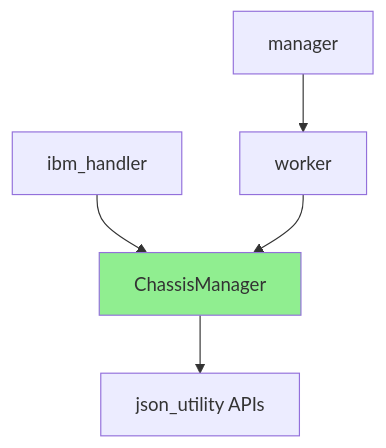
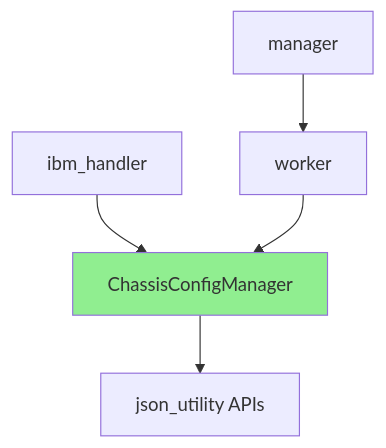
Before and after one commit to souvik1914581/openpower-vpd-parser: the diagram in docs/chassis-manager.md, drawn with Mermaid. The commit also changed other lines of this file, not shown here.

Commit message:
Rename ChassisManager to ChassisConfigManager

````diff
--- a/docs/chassis-manager.md
+++ b/docs/chassis-manager.md
@@ -127,11 +127,11 @@
 ```mermaid
 graph TB
-    A[ibm_handler] --> B[ChassisManager]
+    A[ibm_handler] --> B[ChassisConfigManager]
     B --> C[json_utility APIs]
 
     D[worker] --> B
     E[manager] --> D
 
     style B fill:#90EE90
 
 ```
````
